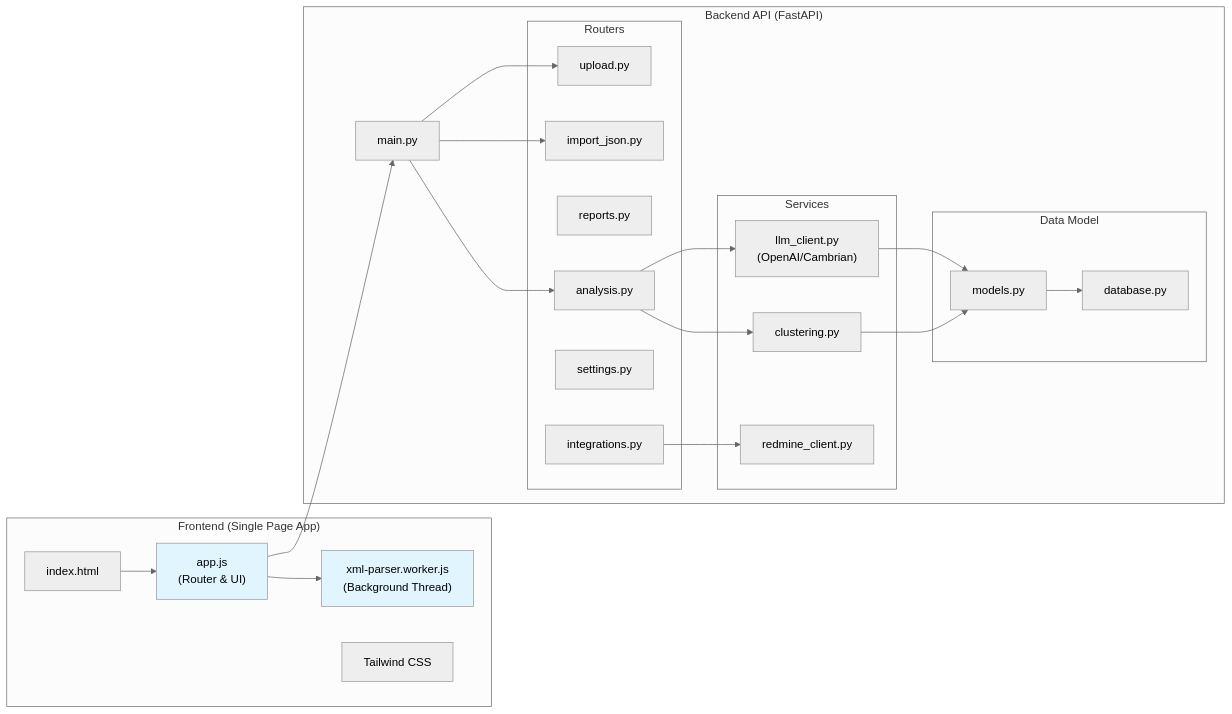
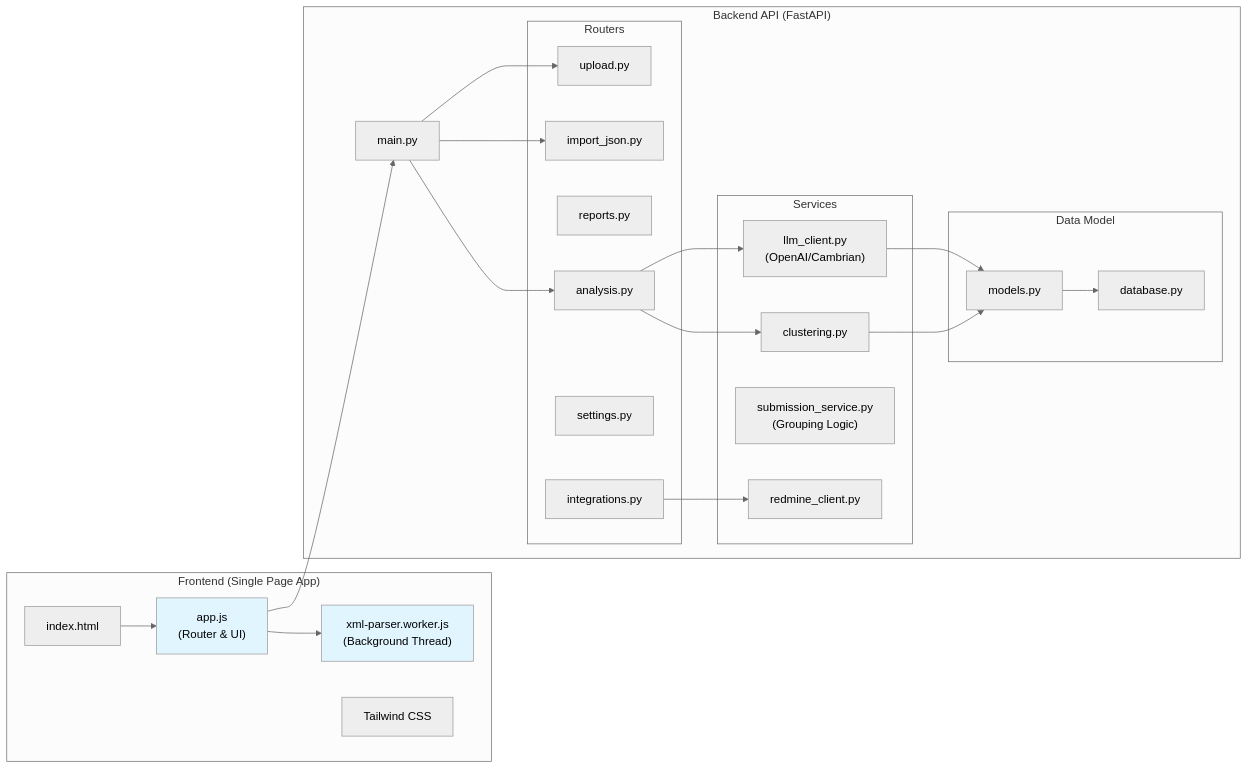
One commit to seen0722/GMS-helper changed the second of 5 diagrams in docs/ARCHITECTURE.md. Above: the diagram before and after it, drawn with Mermaid (neutral theme). The commit also changed other lines of this file and 5 other files, not shown here.

Commit message:
feat: implement 3PL submission naming convention and refactor grouping

````diff
--- a/docs/ARCHITECTURE.md
+++ b/docs/ARCHITECTURE.md
@@ -75,52 +75,53 @@
 ```mermaid
 graph LR
     subgraph "Frontend (Single Page App)"
         HTML["index.html"]
         JS["app.js<br/>(Router & UI)"]
         Worker["xml-parser.worker.js<br/>(Background Thread)"]
         CSS["Tailwind CSS"]
     end
     
     subgraph "Backend API (FastAPI)"
         Main["main.py"]
         
         subgraph "Routers"
             UploadRouter["upload.py"]
             ImportRouter["import_json.py"]
             ReportsRouter["reports.py"]
             AnalysisRouter["analysis.py"]
             SettingsRouter["settings.py"]
             IntegrationsRouter["integrations.py"]
         end
         
         subgraph "Services"
             LLMClient["llm_client.py<br/>(OpenAI/Cambrian)"]
             ClusterEngine["clustering.py"]
+            SubmissionService["submission_service.py<br/>(Grouping Logic)"]
             RedmineClient["redmine_client.py"]
         end
         
         subgraph "Data Model"
             Models["models.py"]
             Database["database.py"]
         end
     end
     
     HTML --> JS
     JS --> Worker
     JS --> Main
     
     Main --> UploadRouter
     Main --> ImportRouter
     Main --> AnalysisRouter
     
     AnalysisRouter --> LLMClient
     AnalysisRouter --> ClusterEngine
     IntegrationsRouter --> RedmineClient
     
     LLMClient --> Models
     ClusterEngine --> Models
     Models --> Database
     
     style JS fill:#e1f5ff
     style Worker fill:#e1f5ff
 ```
````
